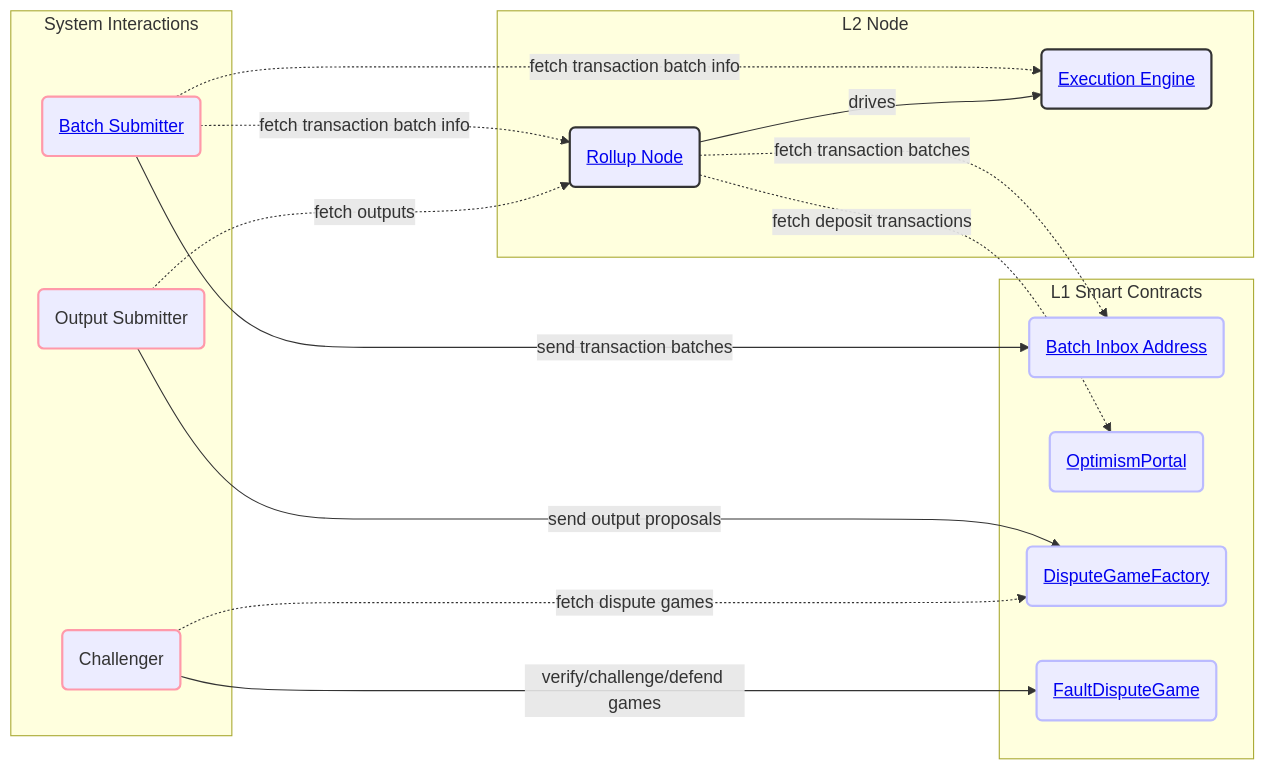
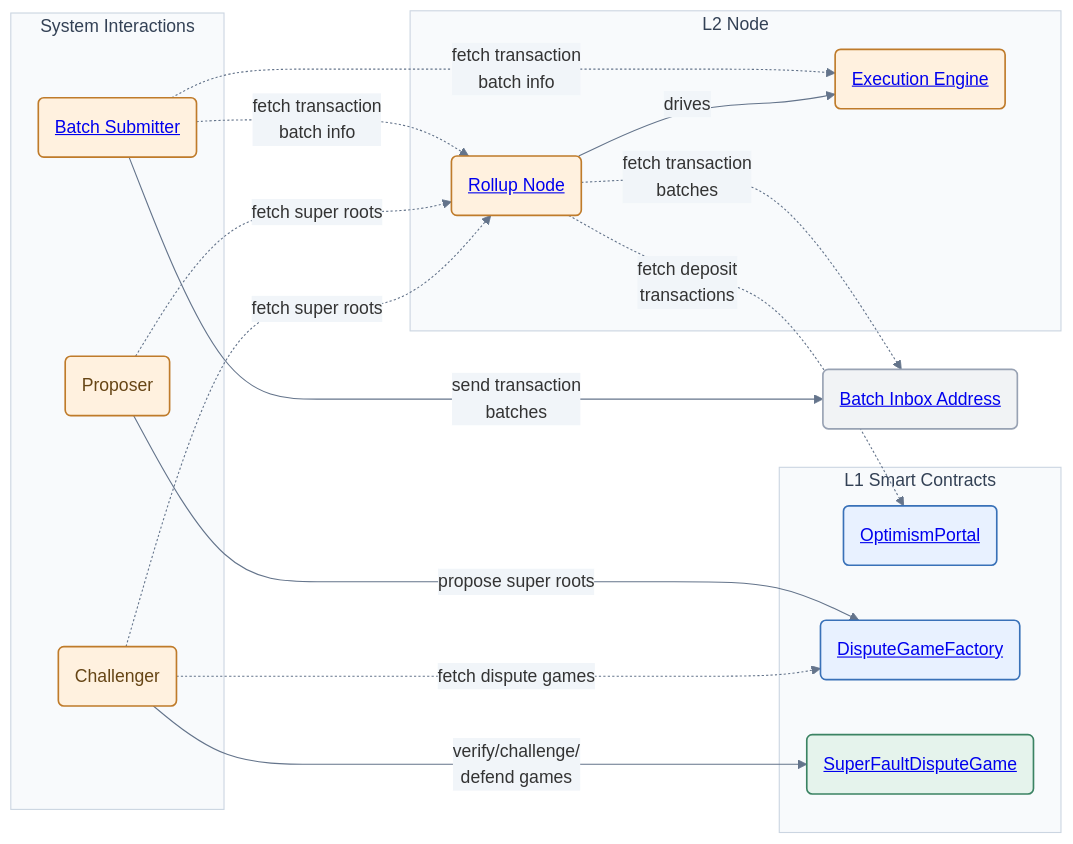
Before and after one commit to ethereum-optimism/specs: the seventh of 7 diagrams in specs/protocol/overview.md, drawn with Mermaid. The commit also changed other lines of this file, not shown here.

First line of the commit message:
Refresh the smart contract architecture overview (#946)

````diff
--- a/specs/protocol/overview.md
+++ b/specs/protocol/overview.md
@@ -277,42 +309,50 @@
 ```mermaid
+%%{init: {"theme": "base", "themeVariables": {"lineColor": "#64748b", "edgeLabelBackground": "#f1f5f9"}, "themeCSS": ".nodeLabel a { color: inherit !important; }"}}%%
 graph LR
-    subgraph "L2 Node"
+    subgraph NodeComponents[L2 Node]
         RollupNode(<a href="./rollup-node.html">Rollup Node</a>)
         ExecutionEngine(<a href="./exec-engine.html">Execution Engine</a>)
     end
 
-    subgraph "System Interactions"
+    subgraph SystemActors[System Interactions]
         BatchSubmitter(<a href="./batcher.html">Batch Submitter</a>)
-        OutputSubmitter(Output Submitter)
+        OutputSubmitter(Proposer)
         Challenger(Challenger)
     end
 
-    subgraph "L1 Smart Contracts"
-        BatchDataEOA(<a href="../glossary.html#batcher-transaction">Batch Inbox Address</a>)
+    BatchDataEOA(<a href="../glossary.html#batcher-transaction">Batch Inbox Address</a>)
+
+    subgraph L1Contracts[L1 Smart Contracts]
         OptimismPortal(<a href="./withdrawals.html#the-optimism-portal-contract">OptimismPortal</a>)
         DisputeGameFactory(<a href="../fault-proof/stage-one/dispute-game-interface.html#disputegamefactory-interface">DisputeGameFactory</a>)
-        FaultDisputeGame(<a href="../fault-proof/stage-one/fault-dispute-game.html">FaultDisputeGame</a>)
+        SuperFaultDisputeGame(<a href="../fault-proof/stage-one/super-fault-dispute-game.html">SuperFaultDisputeGame</a>)
     end
 
-    BatchSubmitter -.->|fetch transaction batch info| RollupNode
-    BatchSubmitter -.->|fetch transaction batch info| ExecutionEngine
-    BatchSubmitter -->|send transaction batches| BatchDataEOA
+    BatchSubmitter -.->|fetch transaction<br/>batch info| RollupNode
+    BatchSubmitter -.->|fetch transaction<br/>batch info| ExecutionEngine
+    BatchSubmitter -->|send transaction<br/>batches| BatchDataEOA
 
-    RollupNode -.->|fetch transaction batches| BatchDataEOA
-    RollupNode -.->|fetch deposit transactions| OptimismPortal
+    RollupNode -.->|fetch transaction<br/>batches| BatchDataEOA
+    RollupNode -.->|fetch deposit<br/>transactions| OptimismPortal
     RollupNode -->|drives| ExecutionEngine
 
-    OutputSubmitter -.->|fetch outputs| RollupNode
-    OutputSubmitter -->|send output proposals| DisputeGameFactory
+    OutputSubmitter -.->|fetch super roots| RollupNode
+    OutputSubmitter -->|propose super roots| DisputeGameFactory
 
     Challenger -.->|fetch dispute games| DisputeGameFactory
-    Challenger -->|verify/challenge/defend games| FaultDisputeGame
+    Challenger -.->|fetch super roots| RollupNode
+    Challenger -->|verify/challenge/<br/>defend games| SuperFaultDisputeGame
 
-    classDef l2Components stroke:#333,stroke-width:2px;
-    classDef systemUser stroke:#f9a,stroke-width:2px;
-    classDef l1Contracts stroke:#bbf,stroke-width:2px;
-
-    class RollupNode,ExecutionEngine l2Components;
-    class BatchSubmitter,OutputSubmitter,Challenger systemUser;
-    class BatchDataEOA,OptimismPortal,DisputeGameFactory,FaultDisputeGame l1Contracts;
+    classDef proxy fill:#e8f1ff,stroke:#3971b8,color:#17375e,stroke-width:1.5px;
+    classDef fixed fill:#e5f3ec,stroke:#3b8363,color:#173f2e,stroke-width:1.5px;
+    classDef actor fill:#fff1df,stroke:#bf7b2a,color:#664515,stroke-width:1.5px;
+    classDef other fill:#f1f3f5,stroke:#98a2b3,color:#344054,stroke-width:1.5px;
+    class RollupNode,ExecutionEngine actor;
+    class BatchSubmitter,OutputSubmitter,Challenger actor;
+    class OptimismPortal,DisputeGameFactory proxy;
+    class BatchDataEOA other;
+    class SuperFaultDisputeGame fixed;
+    style NodeComponents fill:#f8fafc,stroke:#cbd5e1,color:#334155;
+    style SystemActors fill:#f8fafc,stroke:#cbd5e1,color:#334155;
+    style L1Contracts fill:#f8fafc,stroke:#cbd5e1,color:#334155;
 ```
````
